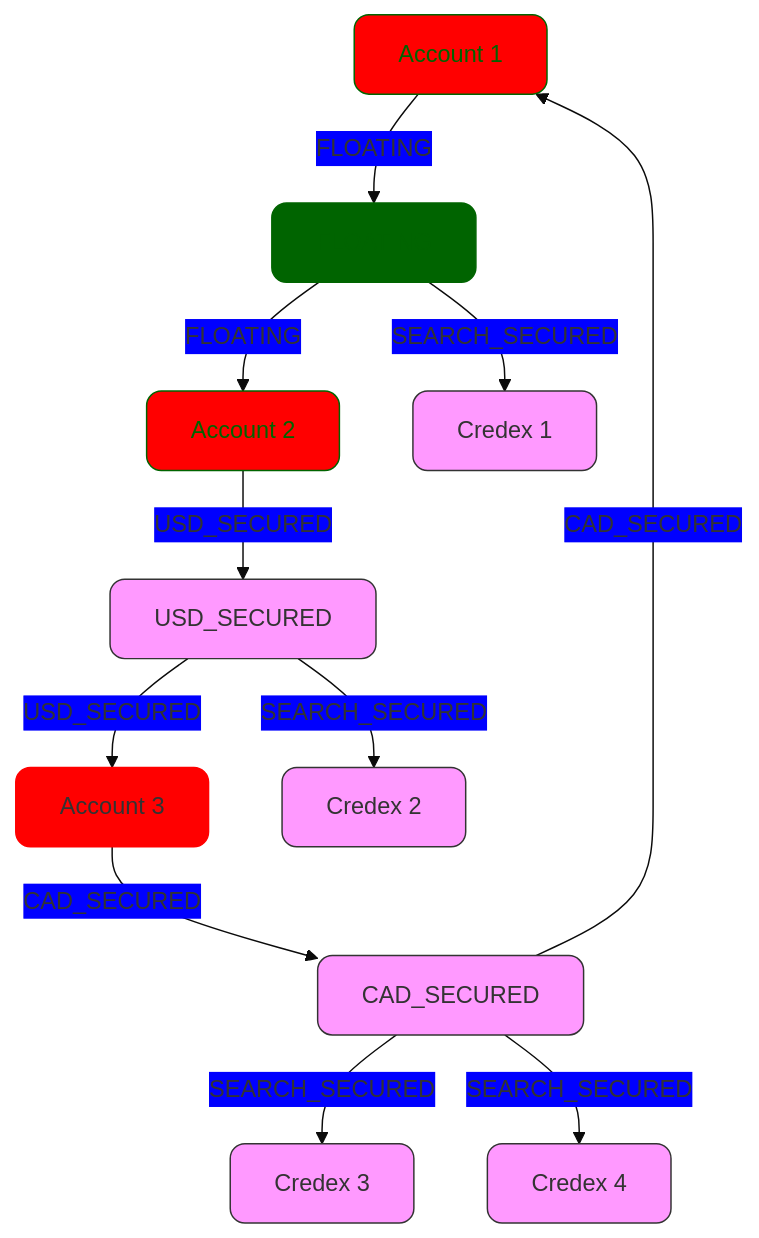
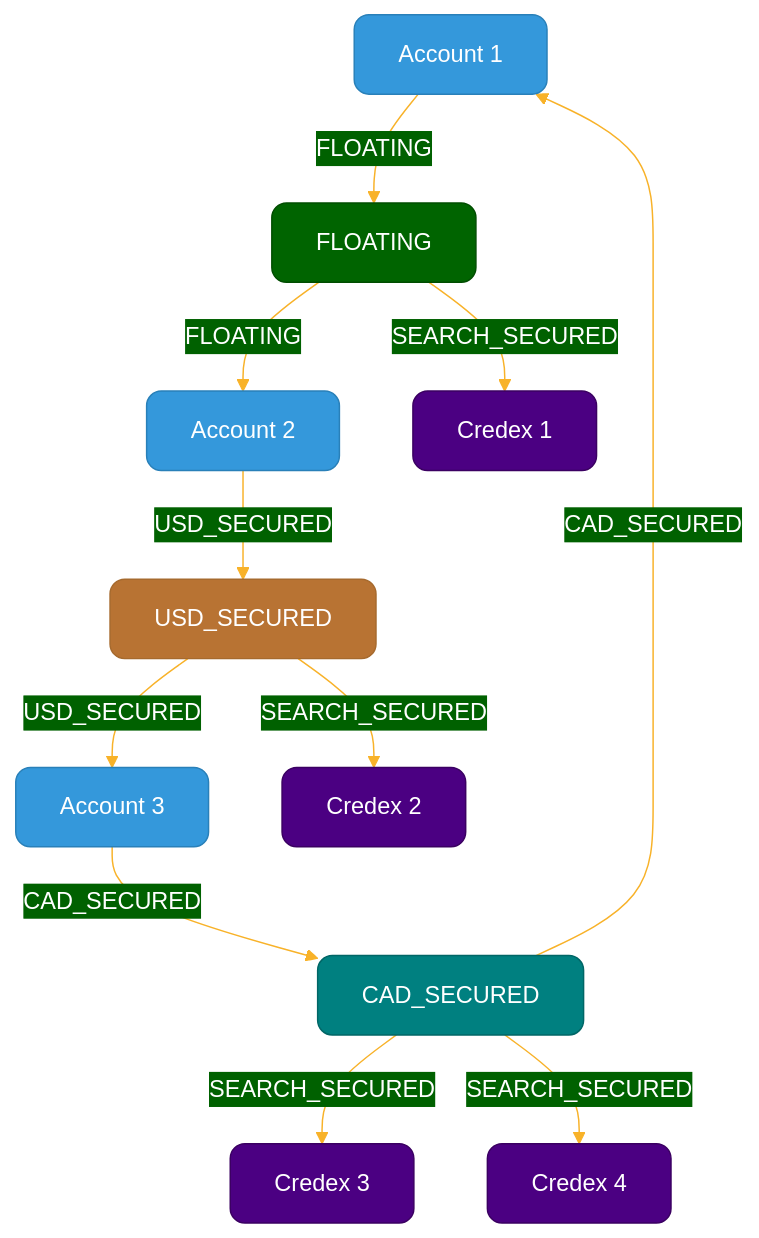
Before and after one commit to Great-Sun-Group/credex-core: the second of 2 diagrams in README.md, drawn with Mermaid. The commit also changed other lines of this file, not shown here.

````diff
--- a/README.md
+++ b/README.md
@@ -506,23 +545,36 @@
 ```mermaid
-%%{init: {'theme': 'base', 'themeVariables': { 'primaryColor': '#ff0000', 'nodeBorder': '#ff0000', 'nodeTextColor': '#ffffff'}}}%%
+%%{init: {'theme': 'base', 'themeVariables': { 'primaryColor': '#4a4a4a', 'primaryTextColor': '#fff', 'primaryBorderColor': '#7C0000', 'lineColor': '#F8B229', 'secondaryColor': '#006100', 'tertiaryColor': '#fff'}}}%%
+
 graph TD
-    classDef accountNode fill:#red,stroke:#blue,color:#yellow,rx:10,ry:10;
-    classDef searchAnchorFloating fill:#006400,stroke:#008000,color:#ffffff,rx:10,ry:10;
-    classDef otherNode fill:#f9f,stroke:#333,rx:10,ry:10;
-    linkStyle default rx:10,ry:10;
+    %% Nodes
+    A1[Account 1]:::accountNode
+    A2[Account 2]:::accountNode
+    A3[Account 3]:::accountNode
+    SA1[FLOATING]:::searchAnchorFloating
+    SA2[USD_SECURED]:::searchAnchorUSDSecured
+    SA3[CAD_SECURED]:::searchAnchorCADSecured
+    C1[Credex 1]:::credexNode
+    C2[Credex 2]:::credexNode
+    C3[Credex 3]:::credexNode
+    C4[Credex 4]:::credexNode
 
-    A1[Account 1]:::accountNode --> |FLOATING| SA1[FLOATING]:::searchAnchorFloating
-    SA1 --> |FLOATING| A2[Account 2]:::accountNode
-    A2 --> |USD_SECURED| SA2[USD_SECURED]:::otherNode
-    SA2 --> |USD_SECURED| A3[Account 3]:::accountNode
-    A3 --> |CAD_SECURED| SA3[CAD_SECURED]:::otherNode
+    %% Relationships
+    A1 --> |FLOATING| SA1
+    SA1 --> |FLOATING| A2
+    A2 --> |USD_SECURED| SA2
+    SA2 --> |USD_SECURED| A3
+    A3 --> |CAD_SECURED| SA3
     SA3 --> |CAD_SECURED| A1
-    SA1 --> |SEARCH_SECURED| C1[Credex 1]:::otherNode
-    SA2 --> |SEARCH_SECURED| C2[Credex 2]:::otherNode
-    SA3 --> |SEARCH_SECURED| C3[Credex 3]:::otherNode
-    SA3 --> |SEARCH_SECURED| C4[Credex 4]:::otherNode
+    SA1 --> |SEARCH_SECURED| C1
+    SA2 --> |SEARCH_SECURED| C2
+    SA3 --> |SEARCH_SECURED| C3
+    SA3 --> |SEARCH_SECURED| C4
 
-    classDef floatingRelationship stroke:#006400,color:#006400;
-    class A1,SA1 floatingRelationship;
-    class SA1,A2 floatingRelationship;
+    %% Styles
+    classDef accountNode fill:#3498db,stroke:#2980b9,color:#fff,rx:10,ry:10;
+    classDef searchAnchorFloating fill:#006400,stroke:#004d00,color:#fff,rx:10,ry:10;
+    classDef searchAnchorUSDSecured fill:#b87333,stroke:#a66a2e,color:#fff,rx:10,ry:10;
+    classDef searchAnchorCADSecured fill:#008080,stroke:#006666,color:#fff,rx:10,ry:10;
+    classDef credexNode fill:#4B0082,stroke:#3B0062,color:#fff,rx:10,ry:10;
+
 ```
````
